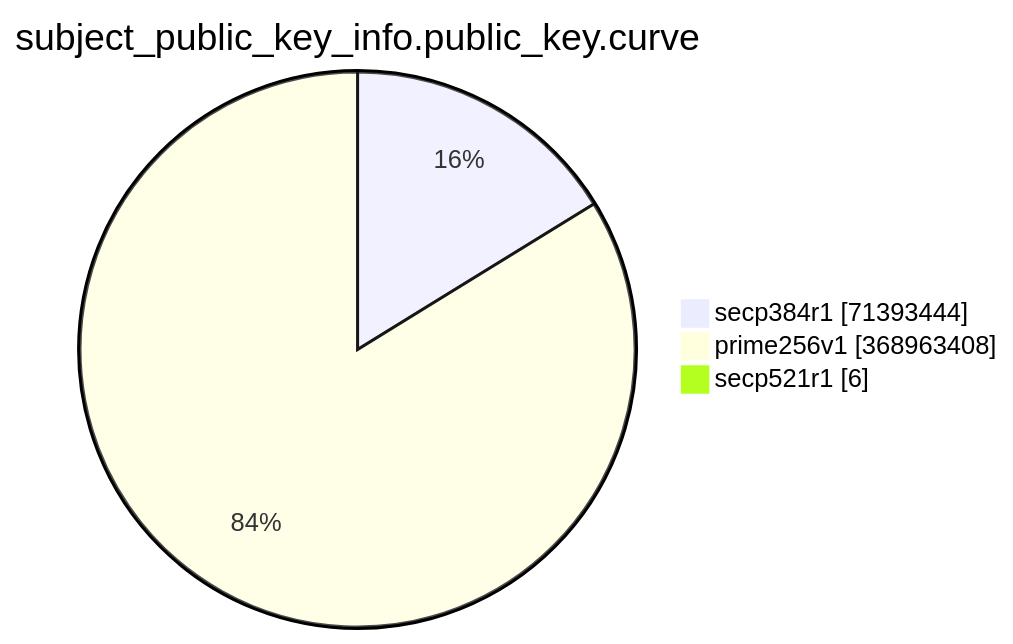
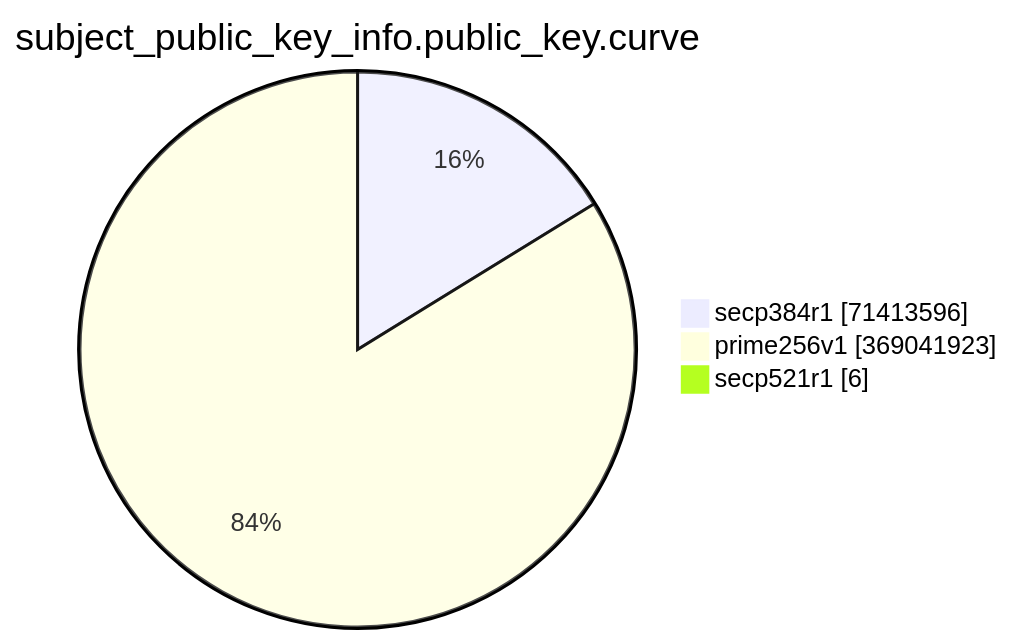
The eighth of 15 diagrams in TOTAL/README.md (christiankrug/ctmonitor_visualization), drawn with Mermaid before and after one commit. The commit also changed other lines of this file, not shown here.

````diff
--- a/TOTAL/README.md
+++ b/TOTAL/README.md
@@ -3092,7 +3092,7 @@
 ```mermaid
 pie showData
 title subject_public_key_info.public_key.curve
-"secp384r1" :71393444
-"prime256v1" :368963408
+"secp384r1" :71413596
+"prime256v1" :369041923
 "secp521r1" :6
 ```
````
